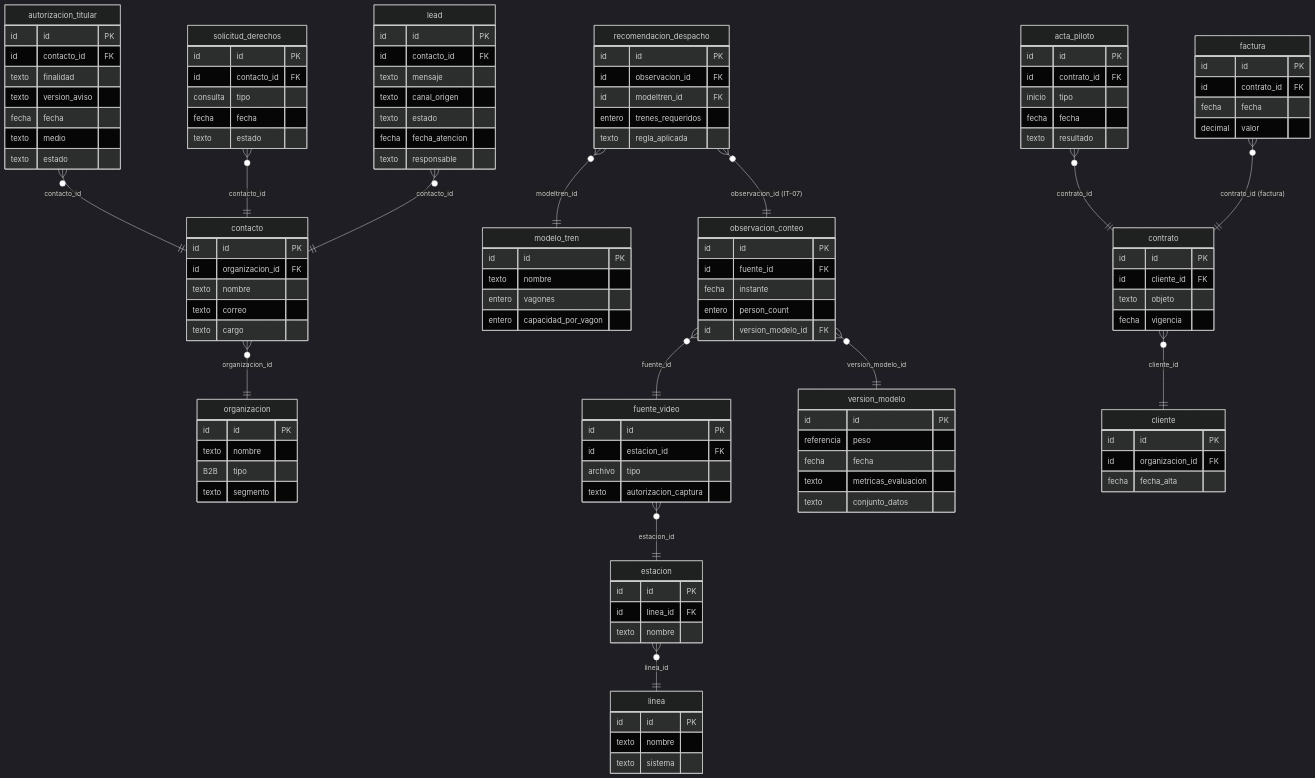
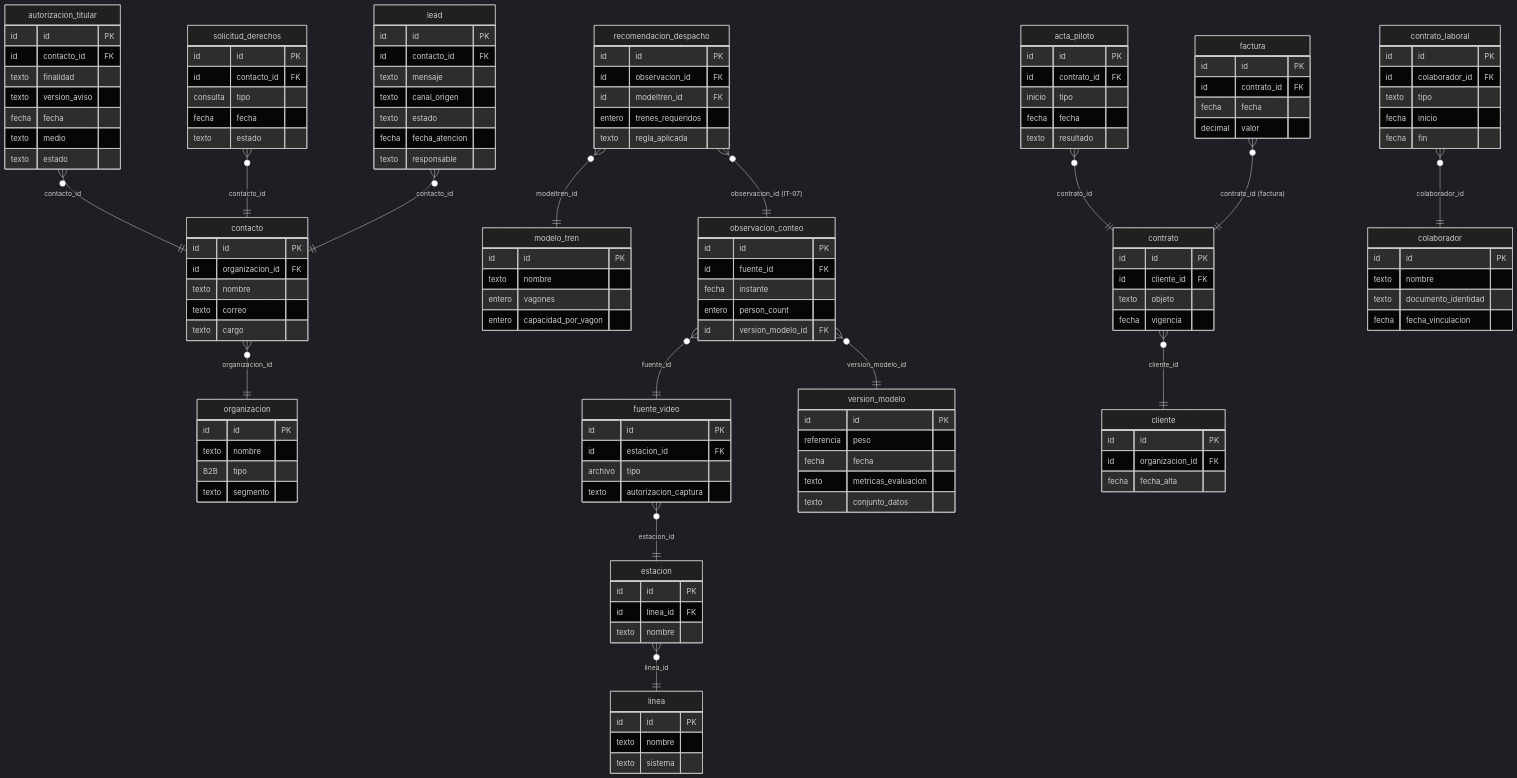
The diagram in docs/ae-final-project/ondas/M2-datos/diagramas/E-03-logico-to-be.mmd (5arSanti/tro-launcher), drawn with Mermaid (dark theme) before and after one commit. The commit also changed 4 other files, not shown here.

First line of the commit message:
M2: colaborador y contrato_laboral ligados a P-09 (TO-BE condicional) (#9)

```diff
--- a/docs/ae-final-project/ondas/M2-datos/diagramas/E-03-logico-to-be.mmd
+++ b/docs/ae-final-project/ondas/M2-datos/diagramas/E-03-logico-to-be.mmd
@@ -1,119 +1,133 @@
 erDiagram
     organizacion {
         id id PK
         texto nombre
         B2B tipo
         texto segmento
     }
     contacto {
         id id PK
         id organizacion_id FK
         texto nombre
         texto correo
         texto cargo
     }
     autorizacion_titular {
         id id PK
         id contacto_id FK
         texto finalidad
         texto version_aviso
         fecha fecha
         texto medio
         texto estado
     }
     lead {
         id id PK
         id contacto_id FK
         texto mensaje
         texto canal_origen
         texto estado
         fecha fecha_atencion
         texto responsable
     }
     solicitud_derechos {
         id id PK
         id contacto_id FK
         consulta tipo
         fecha fecha
         texto estado
     }
     linea {
         id id PK
         texto nombre
         texto sistema
     }
     estacion {
         id id PK
         id linea_id FK
         texto nombre
     }
     fuente_video {
         id id PK
         id estacion_id FK
         archivo tipo
         texto autorizacion_captura
     }
     modelo_tren {
         id id PK
         texto nombre
         entero vagones
         entero capacidad_por_vagon
     }
     recomendacion_despacho {
         id id PK
         id observacion_id FK
         id modeltren_id FK
         entero trenes_requeridos
         texto regla_aplicada
     }
     observacion_conteo {
         id id PK
         id fuente_id FK
         fecha instante
         entero person_count
         id version_modelo_id FK
     }
     version_modelo {
         id id PK
         referencia peso
         fecha fecha
         texto metricas_evaluacion
         texto conjunto_datos
     }
     cliente {
         id id PK
         id organizacion_id FK
         fecha fecha_alta
     }
     contrato {
         id id PK
         id cliente_id FK
         texto objeto
         fecha vigencia
     }
     acta_piloto {
         id id PK
         id contrato_id FK
         inicio tipo
         fecha fecha
         texto resultado
     }
     factura {
         id id PK
         id contrato_id FK
         fecha fecha
         decimal valor
     }
+    colaborador {
+        id id PK
+        texto nombre
+        texto documento_identidad
+        fecha fecha_vinculacion
+    }
+    contrato_laboral {
+        id id PK
+        id colaborador_id FK
+        texto tipo
+        fecha inicio
+        fecha fin
+    }
+    contrato_laboral }o--|| colaborador : "colaborador_id"
     contrato }o--|| cliente : "cliente_id"
     acta_piloto }o--|| contrato : "contrato_id"
     factura }o--|| contrato : "contrato_id (factura)"
     contacto }o--|| organizacion : "organizacion_id"
     autorizacion_titular }o--|| contacto : "contacto_id"
     solicitud_derechos }o--|| contacto : "contacto_id"
     lead }o--|| contacto : "contacto_id"
     estacion }o--|| linea : "linea_id"
     fuente_video }o--|| estacion : "estacion_id"
     observacion_conteo }o--|| fuente_video : "fuente_id"
     observacion_conteo }o--|| version_modelo : "version_modelo_id"
     recomendacion_despacho }o--|| observacion_conteo : "observacion_id (IT-07)"
     recomendacion_despacho }o--|| modelo_tren : "modeltren_id"
```
